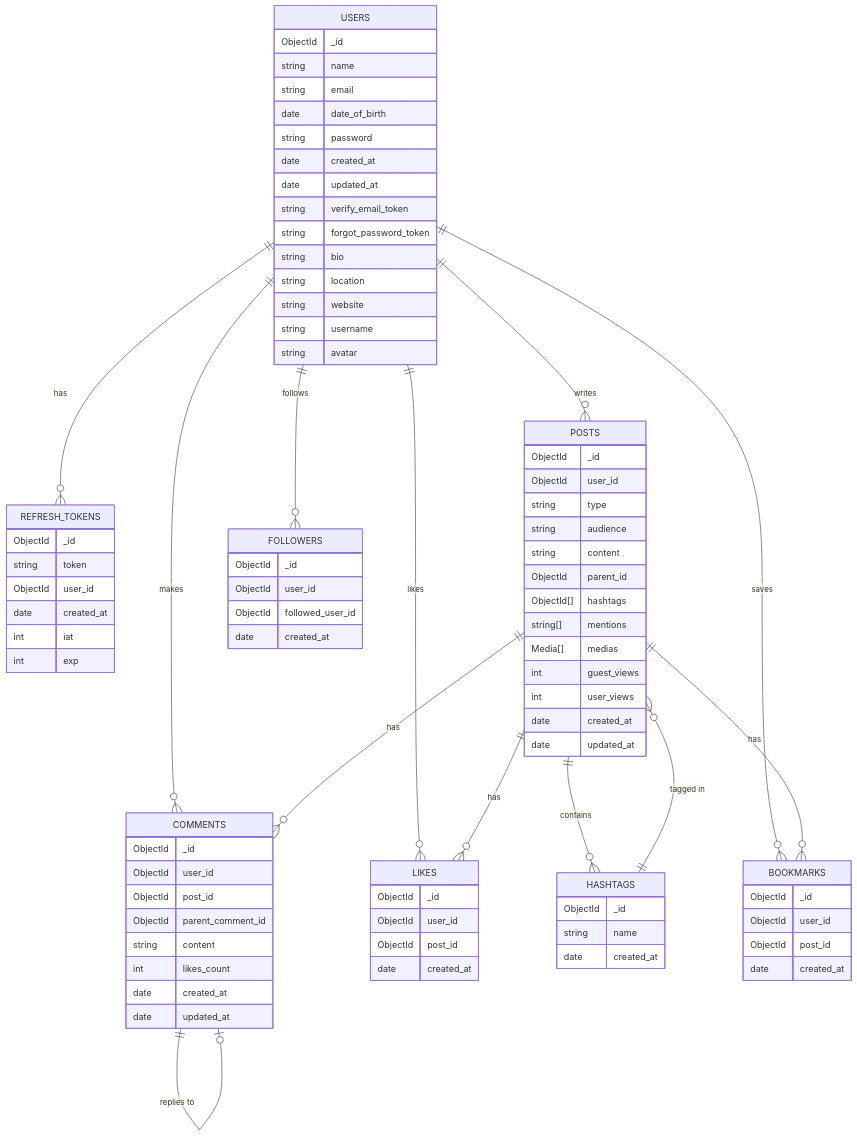
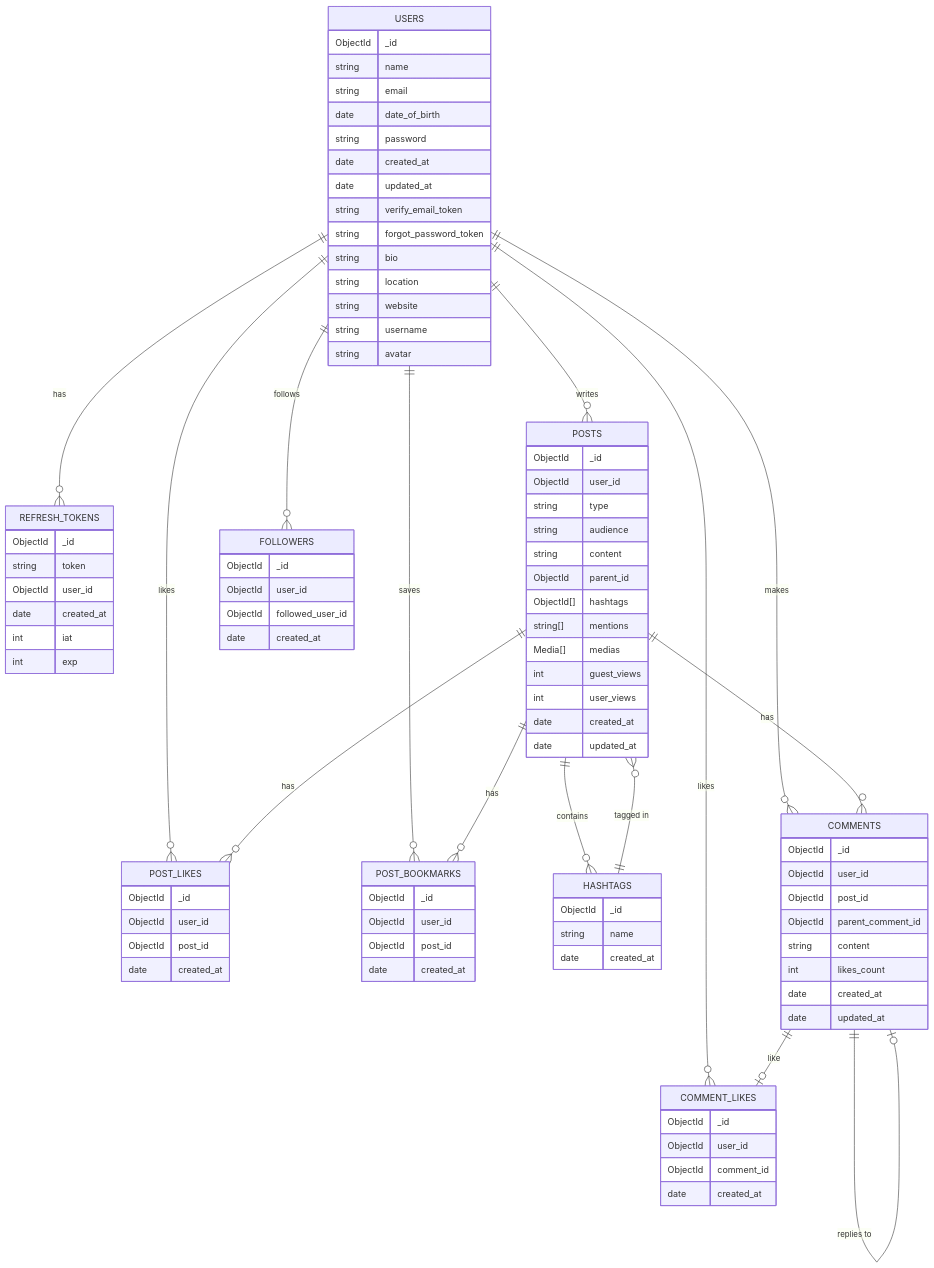
One commit to hanguyentieuyen/threads-replica changed the diagram in document/database-erd.md. Above: the diagram before and after it, drawn with Mermaid. The commit also changed 8 other files, not shown here.

Commit message:
chore: update database ERD, rename collections

```diff
--- a/document/database-erd.md
+++ b/document/database-erd.md
@@ -39,17 +39,13 @@
         date created_at
         date updated_at
     }
-    COMMENTS {
+    POST_LIKES {
         ObjectId _id
         ObjectId user_id
         ObjectId post_id
-        ObjectId parent_comment_id
-        string content
-        int likes_count
         date created_at
-        date updated_at
     }
-    LIKES {
+    POST_BOOKMARKS {
         ObjectId _id
         ObjectId user_id
         ObjectId post_id
@@ -66,25 +62,38 @@
         ObjectId followed_user_id
         date created_at
     }
-    BOOKMARKS {
+    COMMENTS {
         ObjectId _id
         ObjectId user_id
         ObjectId post_id
+        ObjectId parent_comment_id
+        string content
+        int likes_count
+        date created_at
+        date updated_at
+    }
+    COMMENT_LIKES {
+        ObjectId _id
+        ObjectId user_id
+        ObjectId comment_id
         date created_at
     }
 
     USERS ||--o{ REFRESH_TOKENS : "has"
     USERS ||--o{ POSTS : "writes"
     USERS ||--o{ COMMENTS : "makes"
-    USERS ||--o{ LIKES : "likes"
+    USERS ||--o{ POST_LIKES : "likes"
     USERS ||--o{ FOLLOWERS : "follows"
-    USERS ||--o{ BOOKMARKS : "saves"
+    USERS ||--o{ POST_BOOKMARKS : "saves"
+    USERS ||--o{ COMMENT_LIKES : "likes"
 
     POSTS ||--o{ COMMENTS : "has"
-    POSTS ||--o{ LIKES : "has"
-    POSTS ||--o{ BOOKMARKS : "has"
+    POSTS ||--o{ POST_LIKES : "has"
+    POSTS ||--o{ POST_BOOKMARKS : "has"
 
     COMMENTS ||--o| COMMENTS : "replies to"
+    COMMENTS ||--o| COMMENT_LIKES : "like"
+
 
     POSTS ||--o{ HASHTAGS : "contains"
     HASHTAGS ||--o{ POSTS : "tagged in"
```
